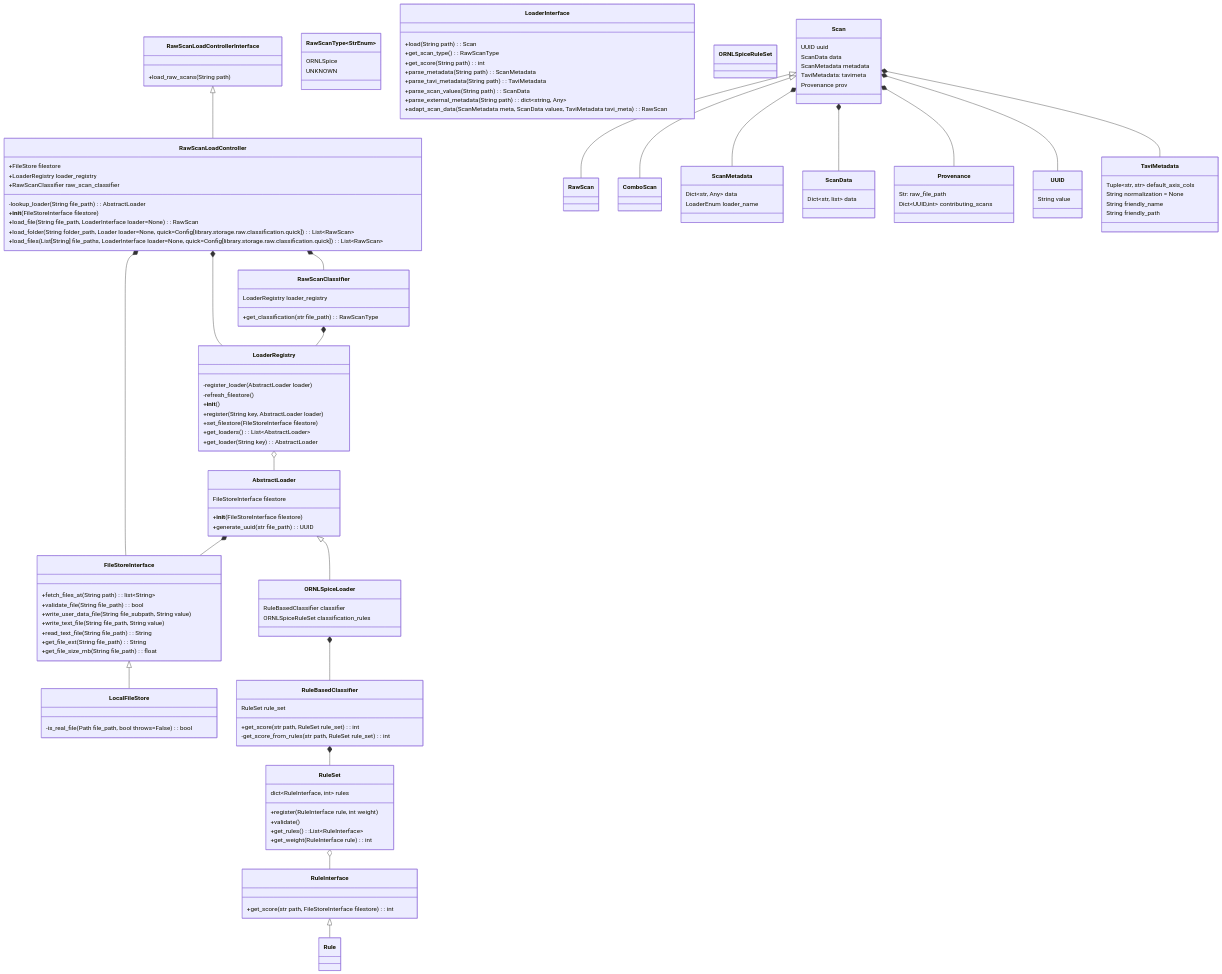
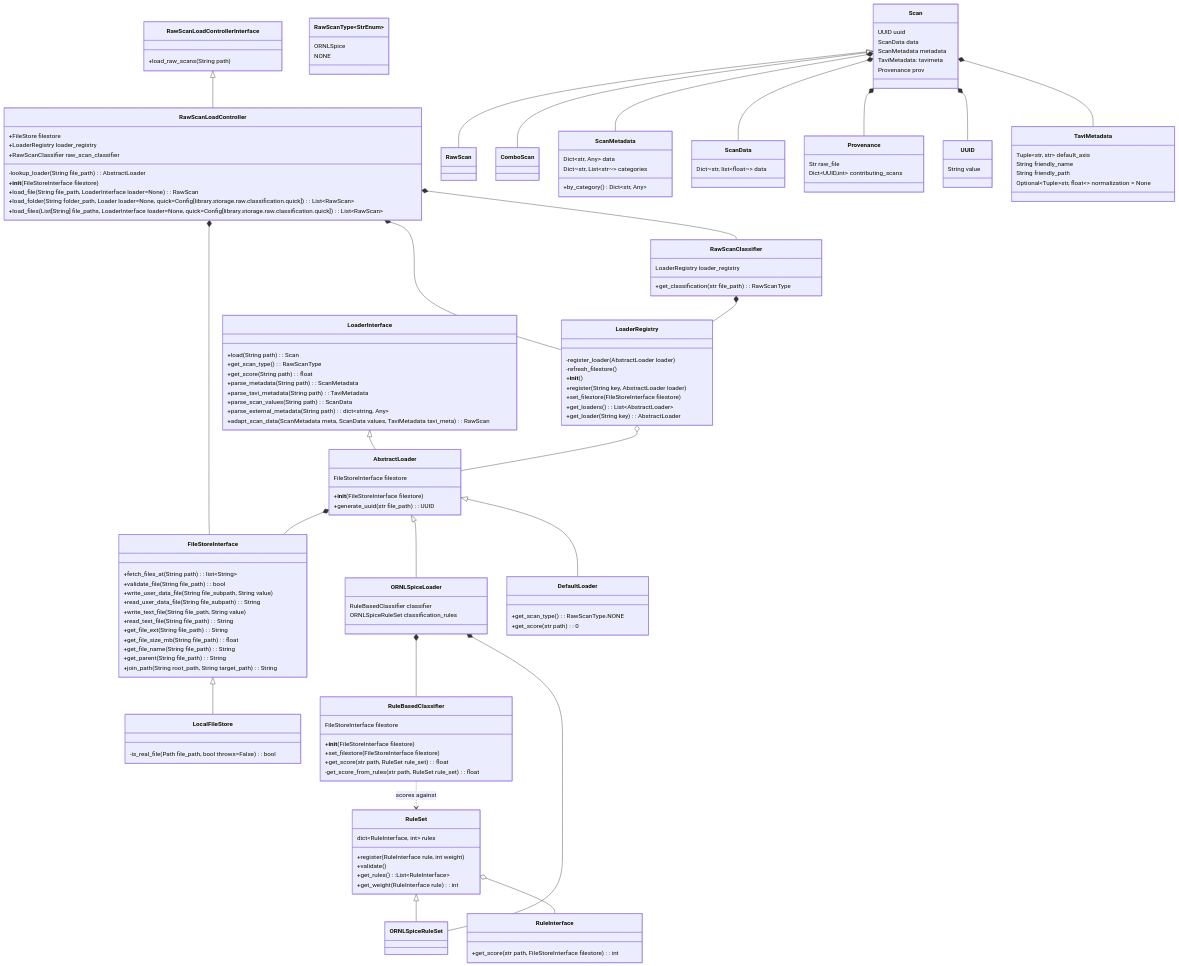
Before and after one commit to neutrons/TAVI: the diagram in docs/source/design/load/class_diagram.rst, drawn with Mermaid. The commit also changed 29 other files, not shown here.

```diff
--- a/docs/source/design/load/class_diagram.rst
+++ b/docs/source/design/load/class_diagram.rst
@@ -21,10 +21,14 @@
             +fetch_files_at(String path) : list~String~
             +validate_file(String file_path) : bool
             +write_user_data_file(String file_subpath, String value)
+            +read_user_data_file(String file_subpath) : String
             +write_text_file(String file_path, String value)
             +read_text_file(String file_path) : String
             +get_file_ext(String file_path) : String
             +get_file_size_mb(String file_path) : float
+            +get_file_name(String file_path) : String
+            +get_parent(String file_path) : String
+            +join_path(String root_path, String target_path) : String
         }
         class LocalFileStore {
             -is_real_file(Path file_path, bool throws=False) : bool
@@ -35,7 +39,7 @@
         }
         class RawScanType~StrEnum~{
             ORNLSpice
-            UNKNOWN
+            NONE
         }
         class LoaderRegistry {
             -register_loader(AbstractLoader loader)
@@ -49,7 +53,7 @@
         class LoaderInterface{
             +load(String path) : Scan
             +get_scan_type() : RawScanType
-            +get_score(String path): int
+            +get_score(String path): float
             +parse_metadata(String path) : ScanMetadata
             +parse_tavi_metadata(String path) : TaviMetadata
             +parse_scan_values(String path) : ScanData
@@ -65,10 +69,16 @@
             RuleBasedClassifier classifier
             ORNLSpiceRuleSet classification_rules
         }
+        class DefaultLoader{
+            +get_scan_type() : RawScanType.NONE
+            +get_score(str path) : 0
+        }
         class RuleBasedClassifier{
-            RuleSet rule_set
-            +get_score(str path, RuleSet rule_set) : int
-            -get_score_from_rules(str path, RuleSet rule_set) : int
+            FileStoreInterface filestore
+            +__init__(FileStoreInterface filestore)
+            +set_filestore(FileStoreInterface filestore)
+            +get_score(str path, RuleSet rule_set) : float
+            -get_score_from_rules(str path, RuleSet rule_set) : float
         }
         class ORNLSpiceRuleSet{
         }
@@ -92,21 +102,22 @@
         class RawScan {
         }
         class Provenance {
-            Str: raw_file_path
+            Str raw_file
             Dict~UUID,int~ contributing_scans
         }
         class ScanMetadata{
             Dict~str, Any~ data
-            LoaderEnum loader_name
+            Dict~str, List~str~~ categories
+            +by_category() Dict~str, Any~
         }
         class TaviMetadata{
-            Tuple~str, str~ default_axis_cols
-            String normalization = None
+            Tuple~str, str~ default_axis
             String friendly_name
             String friendly_path
+            Optional~Tuple~str, float~~ normalization = None
         }
         class ScanData {
-            Dict~str, list~ data
+            Dict~str, list~float~~ data
         }
 
         RawScanLoadControllerInterface <|-- RawScanLoadController
@@ -117,14 +128,17 @@
         RawScanClassifier *-- LoaderRegistry
         AbstractLoader *-- FileStoreInterface
         AbstractLoader <|-- ORNLSpiceLoader
+        AbstractLoader <|-- DefaultLoader
+        LoaderInterface <|-- AbstractLoader
         LoaderRegistry o-- AbstractLoader
 
         FileStoreInterface <|-- LocalFileStore
 
+        RuleSet <|-- ORNLSpiceRuleSet
         RuleSet o-- RuleInterface
-        RuleInterface <|-- Rule
-        RuleBasedClassifier *-- RuleSet
+        RuleBasedClassifier ..> RuleSet : scores against
         ORNLSpiceLoader *-- RuleBasedClassifier
+        ORNLSpiceLoader *-- ORNLSpiceRuleSet
 
         Scan <|-- RawScan
         Scan <|-- ComboScan
```
